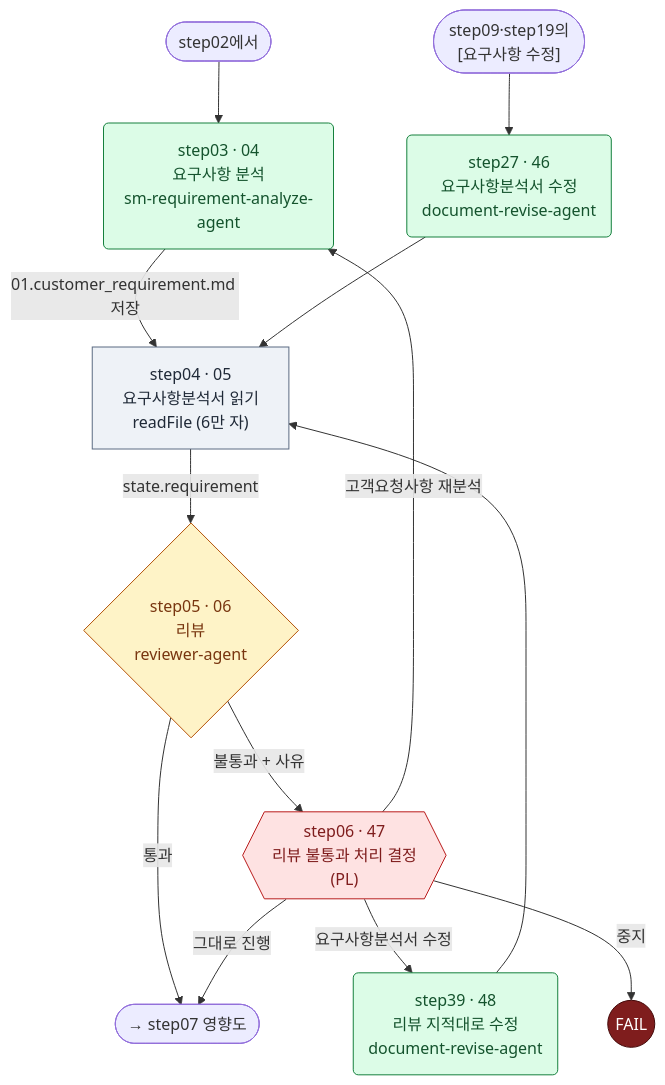
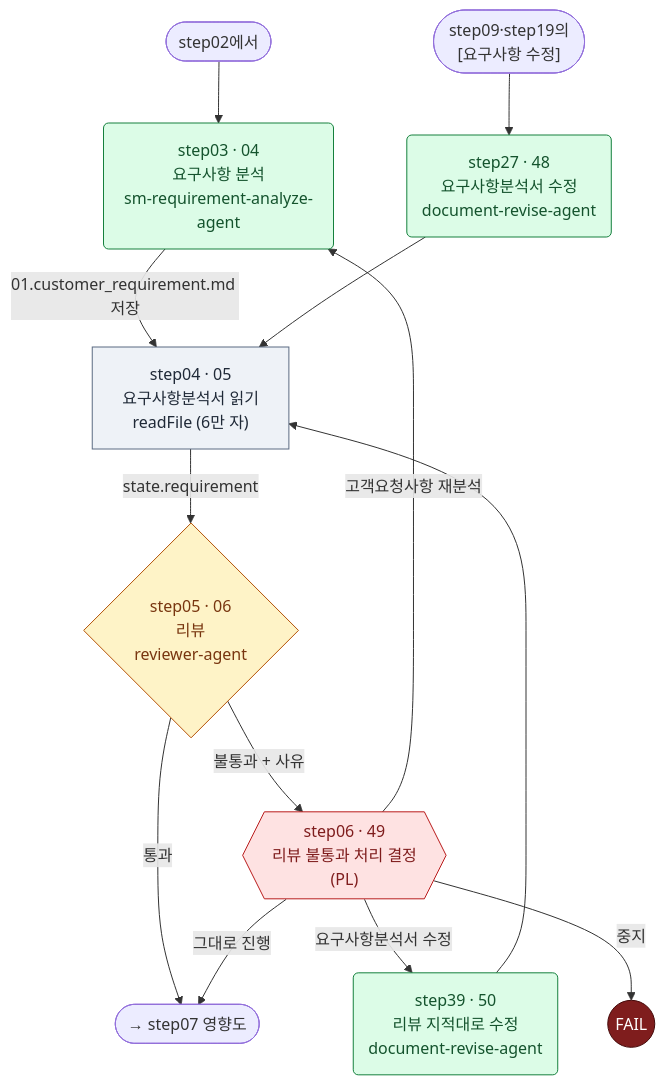
The sixth of 24 diagrams in docs/09.dstone-ai-engine-sm-workflow.md (YongSoekChoeng/dstone), drawn with Mermaid before and after one commit. The commit also changed other lines of this file and 9 other files, not shown here.

````diff
--- a/docs/09.dstone-ai-engine-sm-workflow.md
+++ b/docs/09.dstone-ai-engine-sm-workflow.md
@@ -458,20 +461,20 @@
 ```mermaid
 flowchart TD
     IN(["step02에서"]) --> step03("step03 · 04<br/>요구사항 분석<br/>sm-requirement-analyze-agent"):::agent
     step03 -->|"01.customer_requirement.md 저장"| step04["step04 · 05<br/>요구사항분석서 읽기<br/>readFile (6만 자)"]:::tool
     step04 -->|state.requirement| step05{"step05 · 06<br/>리뷰<br/>reviewer-agent"}:::sup
     step05 -->|"통과"| OUT(["→ step07 영향도"])
-    step05 -->|"불통과 + 사유"| step06{{"step06 · 47<br/>리뷰 불통과 처리 결정<br/>(PL)"}}:::appr
+    step05 -->|"불통과 + 사유"| step06{{"step06 · 49<br/>리뷰 불통과 처리 결정<br/>(PL)"}}:::appr
     step06 -->|그대로 진행| OUT
     step06 -->|고객요청사항 재분석| step03
-    step06 -->|요구사항분석서 수정| step39("step39 · 48<br/>리뷰 지적대로 수정<br/>document-revise-agent"):::agent
+    step06 -->|요구사항분석서 수정| step39("step39 · 50<br/>리뷰 지적대로 수정<br/>document-revise-agent"):::agent
     step06 -->|중지| FAIL((FAIL)):::bad
     step39 --> step04
-    OTHER(["step09·step19의<br/>[요구사항 수정]"]) --> step27("step27 · 46<br/>요구사항분석서 수정<br/>document-revise-agent"):::agent --> step04
+    OTHER(["step09·step19의<br/>[요구사항 수정]"]) --> step27("step27 · 48<br/>요구사항분석서 수정<br/>document-revise-agent"):::agent --> step04
 
     classDef tool fill:#eef2f7,stroke:#5b6b82,color:#1f2937
     classDef agent fill:#dcfce7,stroke:#15803d,color:#14532d
     classDef sup fill:#fef3c7,stroke:#b45309,color:#78350f
     classDef appr fill:#fee2e2,stroke:#b91c1c,color:#7f1d1d
     classDef bad fill:#7f1d1d,stroke:#450a0a,color:#ffffff
 ```
````
